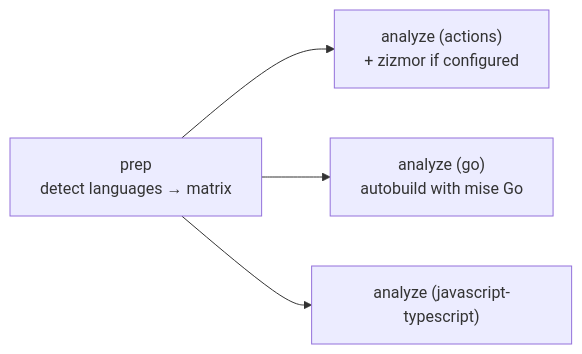
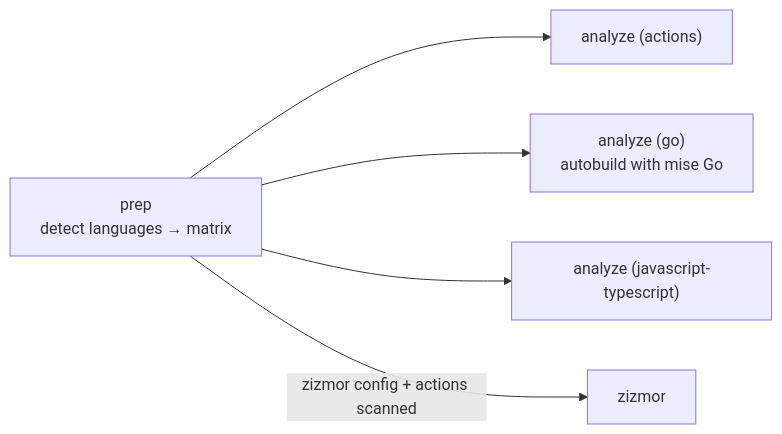
The diagram in docs/workflows/security.md (bitwise-media-group/github-workflows), drawn with Mermaid before and after one commit. The commit also changed other lines of this file and 2 other files, not shown here.

First line of the commit message:
fix(security): run zizmor in its own job

````diff
--- a/docs/workflows/security.md
+++ b/docs/workflows/security.md
@@ -21,6 +21,7 @@
 ```mermaid
 flowchart LR
-    prep["prep<br/>detect languages → matrix"] --> a1["analyze (actions)<br/>+ zizmor if configured"]
+    prep["prep<br/>detect languages → matrix"] --> a1["analyze (actions)"]
     prep --> a2["analyze (go)<br/>autobuild with mise Go"]
     prep --> a3["analyze (javascript-typescript)"]
+    prep -->|"zizmor config + actions scanned"| z["zizmor"]
 ```
````
